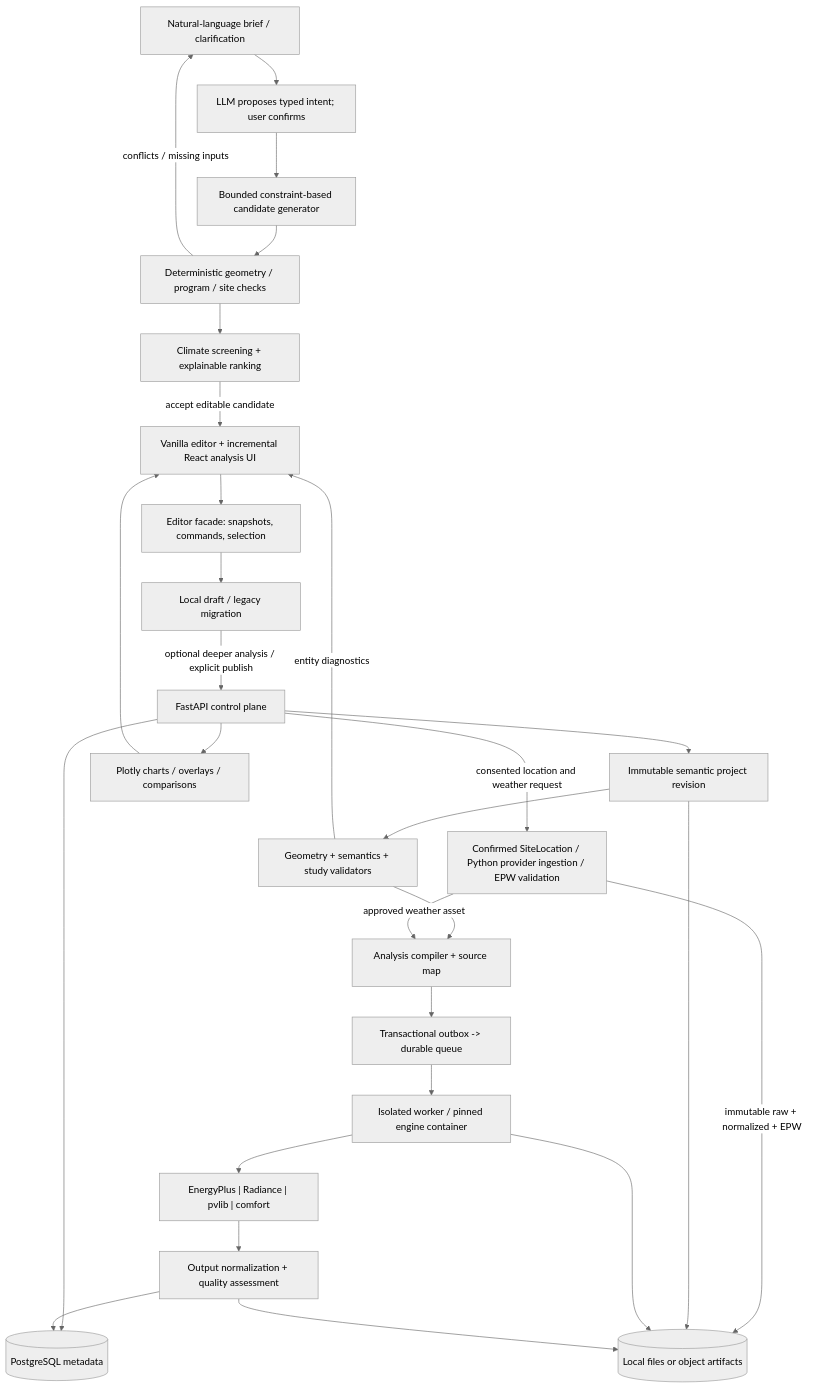
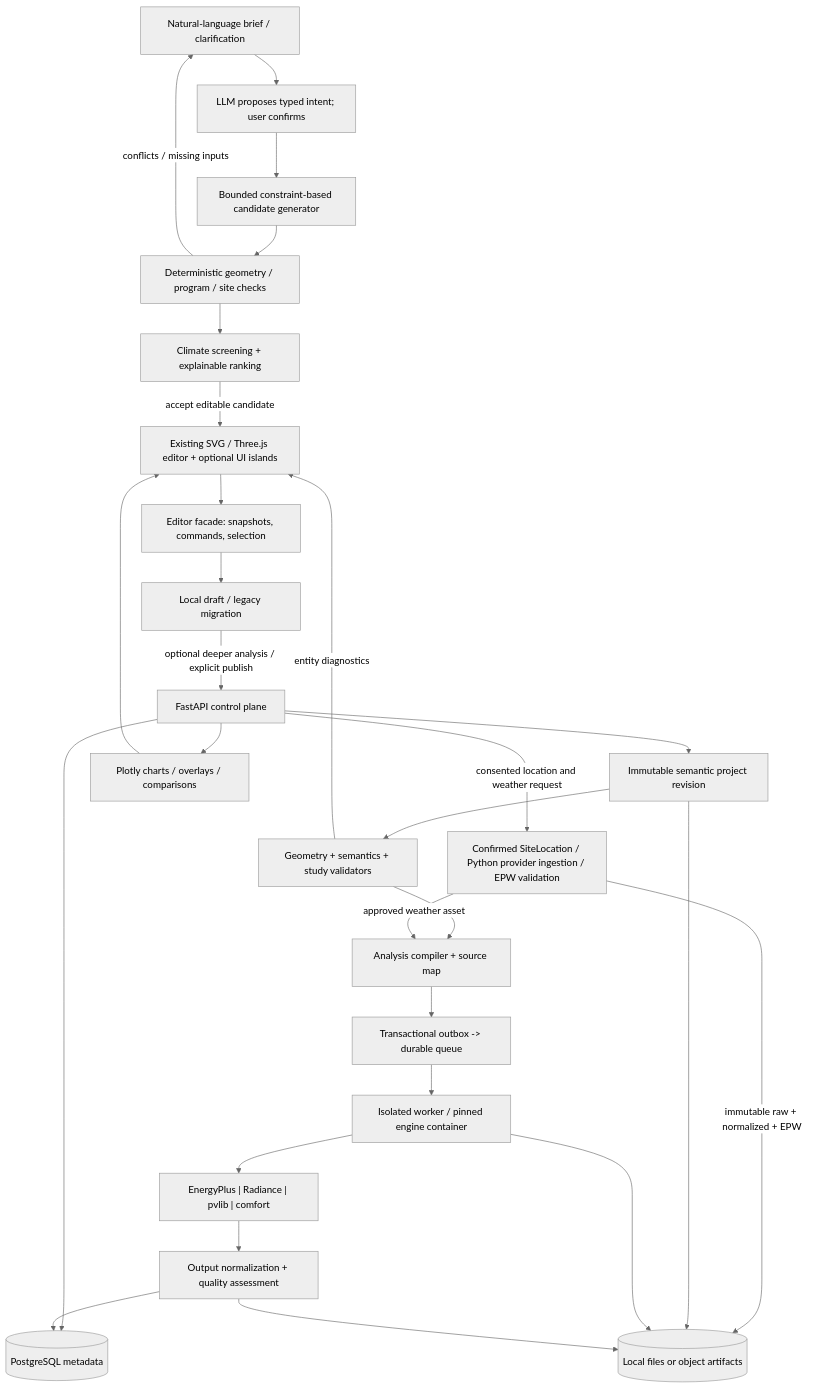
The first of 4 diagrams in docs/building-performance-roadmap.md (NuthanReddy/HomePlanner), drawn with Mermaid (neutral theme) before and after one commit. The commit also changed other lines of this file and 4 other files, not shown here.

````diff
--- a/docs/building-performance-roadmap.md
+++ b/docs/building-performance-roadmap.md
@@ -418,41 +447,41 @@
 ```mermaid
 flowchart TD
     Brief["Natural-language brief / clarification"]
     Intent["LLM proposes typed intent; user confirms"]
     Generate["Bounded constraint-based candidate generator"]
     Check["Deterministic geometry / program / site checks"]
     Rank["Climate screening + explainable ranking"]
-    UI["Vanilla editor + incremental React analysis UI"]
+    UI["Existing SVG / Three.js editor + optional UI islands"]
     Bridge["Editor facade: snapshots, commands, selection"]
     Draft["Local draft / legacy migration"]
     API["FastAPI control plane"]
     Weather["Confirmed SiteLocation / Python provider ingestion / EPW validation"]
     Rev["Immutable semantic project revision"]
     Val["Geometry + semantics + study validators"]
     Compile["Analysis compiler + source map"]
     Queue["Transactional outbox -> durable queue"]
     Worker["Isolated worker / pinned engine container"]
     Engines["EnergyPlus | Radiance | pvlib | comfort"]
     Parse["Output normalization + quality assessment"]
     Result["Plotly charts / overlays / comparisons"]
     PG[("PostgreSQL metadata")]
     Files[("Local files or object artifacts")]
     Brief --> Intent --> Generate --> Check --> Rank
     Check -->|"conflicts / missing inputs"| Brief
     Rank -->|"accept editable candidate"| UI
     UI --> Bridge --> Draft
     Draft -->|"optional deeper analysis / explicit publish"| API
     API --> Rev --> Val --> Compile
     Val -->|"entity diagnostics"| UI
     API --> PG
     API -->|"consented location and weather request"| Weather
     Weather -->|"immutable raw + normalized + EPW"| Files
     Weather -->|"approved weather asset"| Compile
     Rev --> Files
     Compile --> Queue --> Worker --> Engines --> Parse
     Worker --> Files
     Parse --> PG
     Parse --> Files
     API --> Result
     Result --> UI
 ```
````
